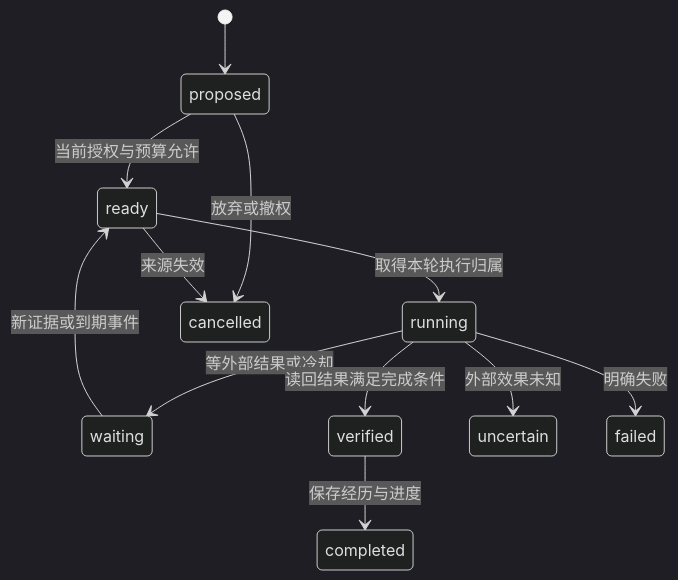
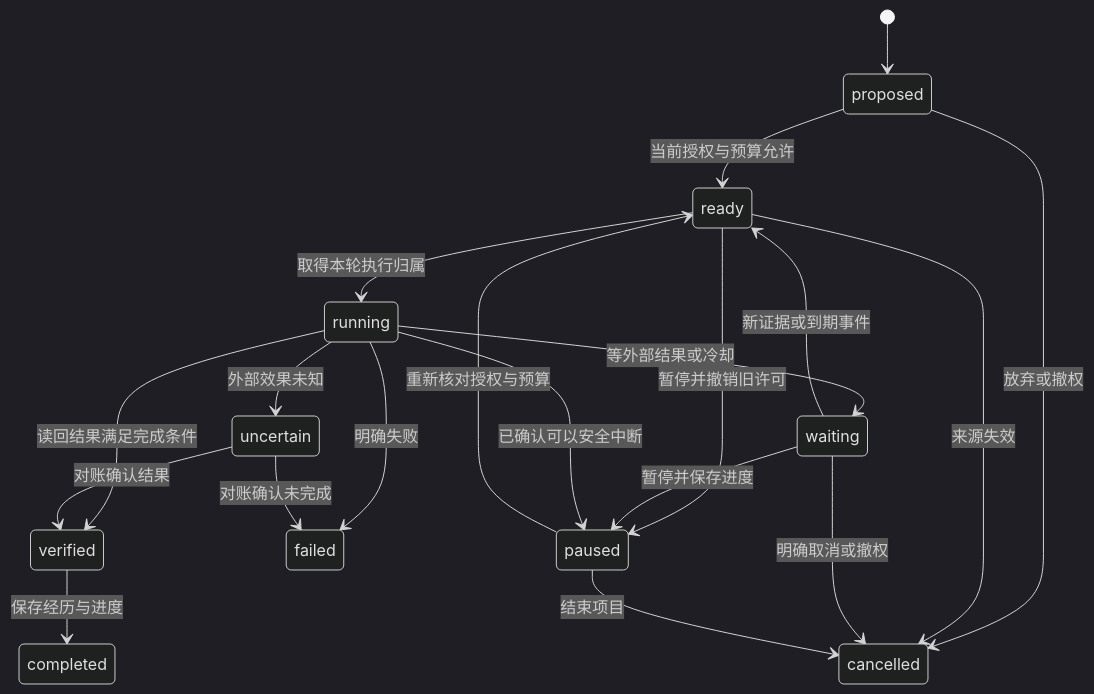
Before and after one commit to liaong13/hermes-companion: the second of 2 diagrams in docs/互联网生活能力开发方案.md, drawn with Mermaid (dark theme). The commit also changed other lines of this file and 6 other files, not shown here.

````diff
--- a/docs/互联网生活能力开发方案.md
+++ b/docs/互联网生活能力开发方案.md
@@ -162,14 +516,22 @@
 ```mermaid
 stateDiagram-v2
     [*] --> proposed
     proposed --> ready: 当前授权与预算允许
     ready --> running: 取得本轮执行归属
     running --> waiting: 等外部结果或冷却
     waiting --> ready: 新证据或到期事件
     running --> verified: 读回结果满足完成条件
     verified --> completed: 保存经历与进度
     running --> uncertain: 外部效果未知
     running --> failed: 明确失败
+    uncertain --> verified: 对账确认结果
+    uncertain --> failed: 对账确认未完成
+    ready --> paused: 暂停并撤销旧许可
+    waiting --> paused: 暂停并保存进度
+    running --> paused: 已确认可以安全中断
+    paused --> ready: 重新核对授权与预算
     proposed --> cancelled: 放弃或撤权
     ready --> cancelled: 来源失效
+    waiting --> cancelled: 明确取消或撤权
+    paused --> cancelled: 结束项目
 ```
````
